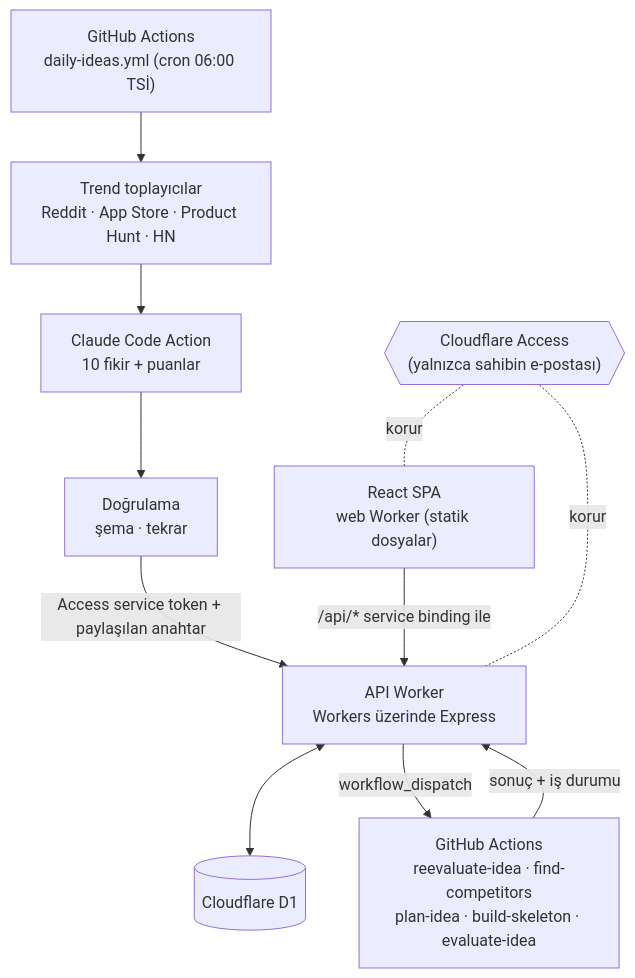
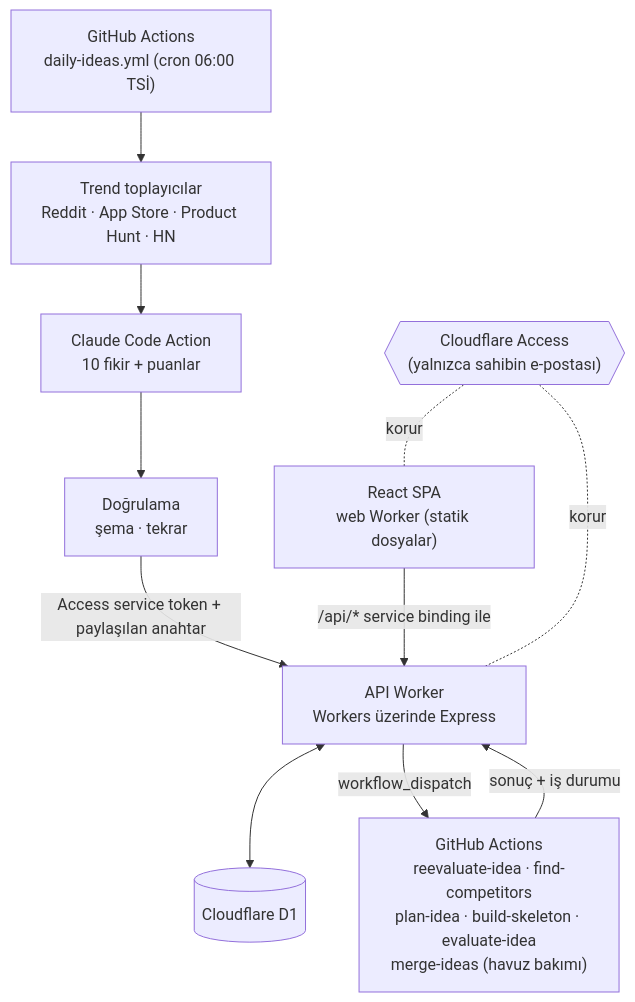
Before and after one commit to utkualbayrak/app-idea-factory: the diagram in README.tr.md, drawn with Mermaid. The commit also changed other lines of this file and 6 other files, not shown here.

````diff
--- a/README.tr.md
+++ b/README.tr.md
@@ -51,15 +54,15 @@
 ```mermaid
 flowchart TD
     CRON["GitHub Actions<br/>daily-ideas.yml (cron 06:00 TSİ)"] --> TR["Trend toplayıcılar<br/>Reddit · App Store · Product Hunt · HN"]
     TR --> CC["Claude Code Action<br/>10 fikir + puanlar"]
     CC --> VAL["Doğrulama<br/>şema · tekrar"]
     VAL -->|"Access service token + paylaşılan anahtar"| API
 
     UI["React SPA<br/>web Worker (statik dosyalar)"] -->|"/api/* service binding ile"| API["API Worker<br/>Workers üzerinde Express"]
     API <--> DB[("Cloudflare D1")]
-    API -->|"workflow_dispatch"| JOBS["GitHub Actions<br/>reevaluate-idea · find-competitors<br/>plan-idea · build-skeleton · evaluate-idea"]
+    API -->|"workflow_dispatch"| JOBS["GitHub Actions<br/>reevaluate-idea · find-competitors<br/>plan-idea · build-skeleton · evaluate-idea<br/>merge-ideas (havuz bakımı)"]
     JOBS -->|"sonuç + iş durumu"| API
 
     ACCESS{{"Cloudflare Access<br/>(yalnızca sahibin e-postası)"}} -.korur.- UI
     ACCESS -.korur.- API
 ```
````
